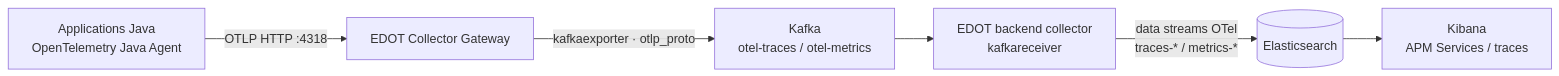
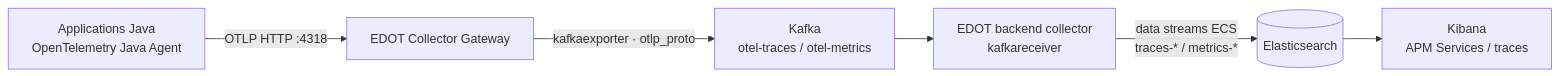
Before and after one commit to elkouhen/systemlens-observability-lab: the fourth of 6 diagrams in docs/observability-flows-v1-v2.md, drawn with Mermaid. The commit also changed other lines of this file and 7 other files, not shown here.

````diff
--- a/docs/observability-flows-v1-v2.md
+++ b/docs/observability-flows-v1-v2.md
@@ -56,8 +56,8 @@
 ```mermaid
 flowchart LR
     J[Applications Java\nOpenTelemetry Java Agent] -->|OTLP HTTP :4318| G[EDOT Collector Gateway]
     G -->|kafkaexporter · otlp_proto| T[Kafka\notel-traces / otel-metrics]
     T --> X[EDOT backend collector\nkafkareceiver]
-    X -->|data streams OTel\ntraces-* / metrics-*| E[(Elasticsearch)]
+    X -->|data streams ECS\ntraces-* / metrics-*| E[(Elasticsearch)]
     E --> K[Kibana\nAPM Services / traces]
 ```
````
